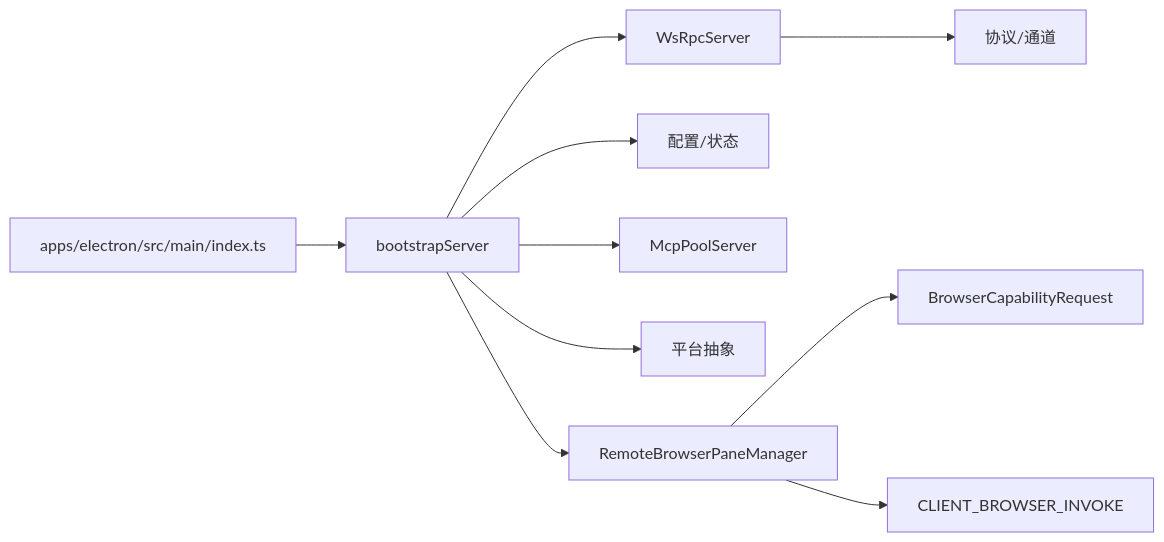
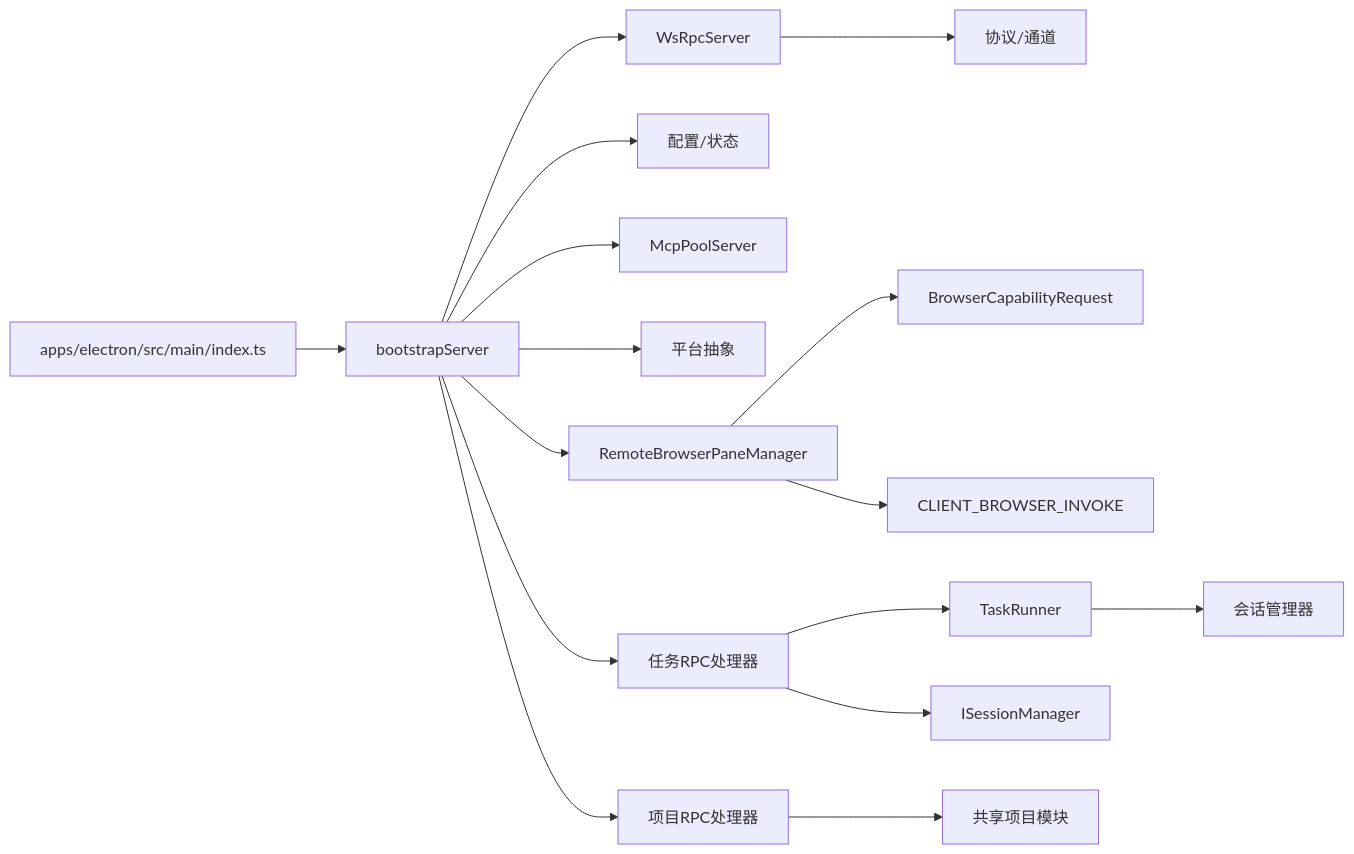
One commit to haolange/craft-agents-oss changed diagram 12 of 12 in .qoder/repowiki/zh/content/服务器架构/服务器核心/服务器核心.md. Above: the diagram before and after it, drawn with Mermaid. The commit also changed other lines of this file and 8 other files, not shown here.

````diff
--- a/.qoder/repowiki/zh/content/服务器架构/服务器核心/服务器核心.md
+++ b/.qoder/repowiki/zh/content/服务器架构/服务器核心/服务器核心.md
@@ -496,12 +715,18 @@
 ```mermaid
 graph LR
 Entry["apps/electron/src/main/index.ts"] --> Boot["bootstrapServer"]
 Boot --> Trans["WsRpcServer"]
 Trans --> Proto["协议/通道"]
 Boot --> Cfg["配置/状态"]
 Boot --> MCP["McpPoolServer"]
 Boot --> Plat["平台抽象"]
 Boot --> RBPM["RemoteBrowserPaneManager"]
 RBPM --> BCReq["BrowserCapabilityRequest"]
 RBPM --> CapConst["CLIENT_BROWSER_INVOKE"]
+Boot --> Projects["项目RPC处理器"]
+Boot --> Tasks["任务RPC处理器"]
+Tasks --> Runner["TaskRunner"]
+Tasks --> SMInterface["ISessionManager"]
+Projects --> SharedProjects["共享项目模块"]
+Runner --> SessionMgr["会话管理器"]
 ```
````
